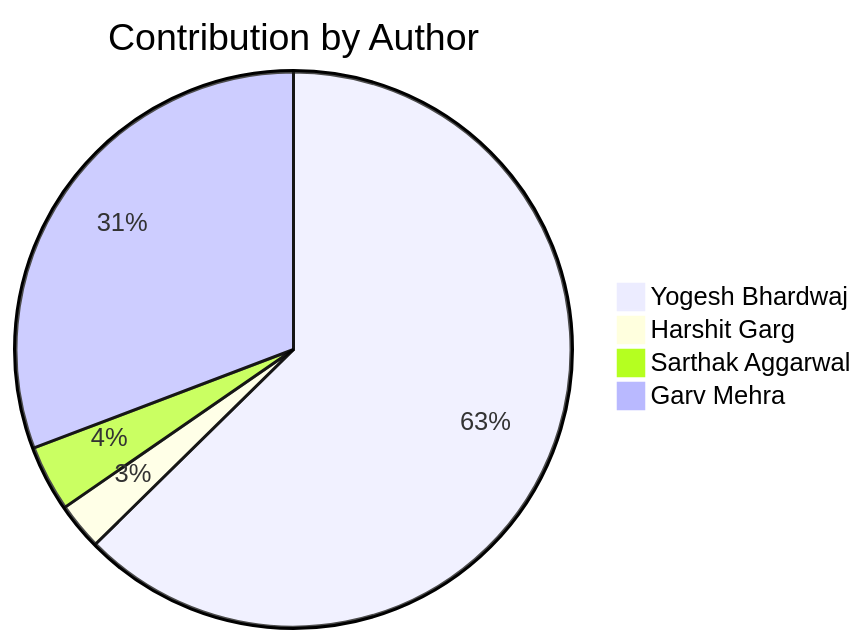
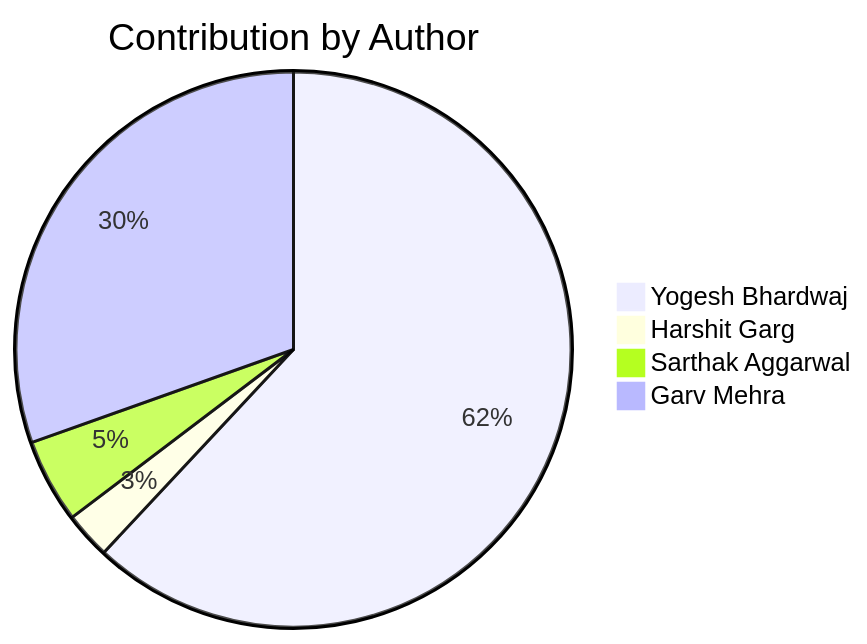
The second of 2 diagrams in README.md (Yogesh-Bhardwaj-hue/Scm-Final_2.0), drawn with Mermaid before and after one commit. The commit also changed other lines of this file, not shown here.

Commit message:
Update contribution charts

````diff
--- a/README.md
+++ b/README.md
@@ -192,7 +192,7 @@
 ```mermaid
 pie title Contribution by Author
     "Yogesh Bhardwaj": 114
     "Harshit Garg": 5
-    "Sarthak Aggarwal": 7
+    "Sarthak Aggarwal": 9
     "Garv Mehra": 56
 ```
````
